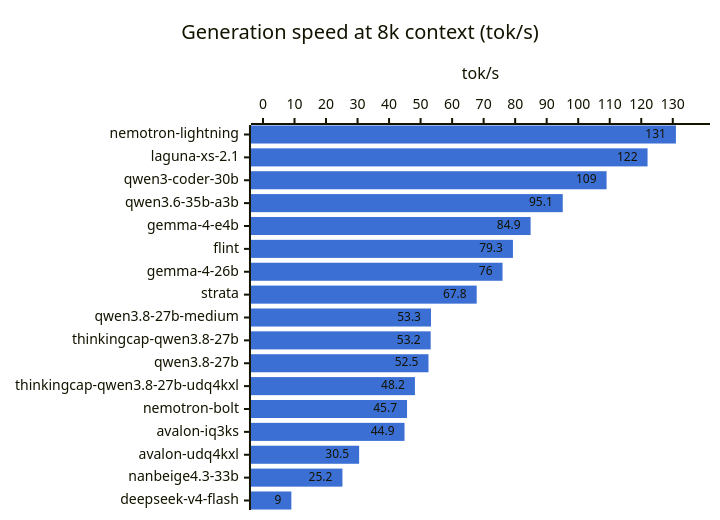
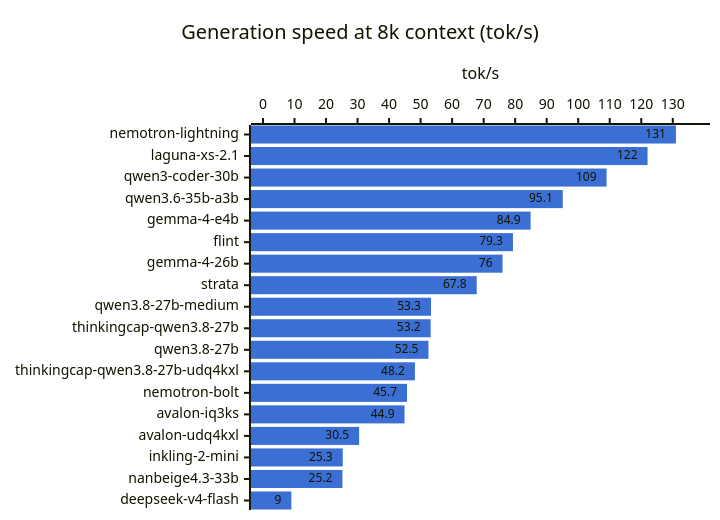
Before and after one commit to hofftodd/ai-bench: the third of 3 diagrams in RESULTS.md, drawn with Mermaid. The commit also changed other lines of this file and 3 other files, not shown here.

First line of the commit message:
R9700: Inkling 2 Mini results and analysis

````diff
--- a/RESULTS.md
+++ b/RESULTS.md
@@ -74,8 +75,8 @@
 ```mermaid
 %%{init: {"xyChart": {"showDataLabel": true}, "themeVariables": {"xyChart": {"plotColorPalette": "#3b6fd4"}}}}%%
 xychart-beta horizontal
     title "Generation speed at 8k context (tok/s)"
-    x-axis ["nemotron-lightning", "laguna-xs-2.1", "qwen3-coder-30b", "qwen3.6-35b-a3b", "gemma-4-e4b", "flint", "gemma-4-26b", "strata", "qwen3.8-27b-medium", "thinkingcap-qwen3.8-27b", "qwen3.8-27b", "thinkingcap-qwen3.8-27b-udq4kxl", "nemotron-bolt", "avalon-iq3ks", "avalon-udq4kxl", "nanbeige4.3-33b", "deepseek-v4-flash"]
+    x-axis ["nemotron-lightning", "laguna-xs-2.1", "qwen3-coder-30b", "qwen3.6-35b-a3b", "gemma-4-e4b", "flint", "gemma-4-26b", "strata", "qwen3.8-27b-medium", "thinkingcap-qwen3.8-27b", "qwen3.8-27b", "thinkingcap-qwen3.8-27b-udq4kxl", "nemotron-bolt", "avalon-iq3ks", "avalon-udq4kxl", "inkling-2-mini", "nanbeige4.3-33b", "deepseek-v4-flash"]
     y-axis "tok/s" 0 --> 138
-    bar [131.0, 122.0, 109.0, 95.1, 84.9, 79.3, 76.0, 67.8, 53.3, 53.2, 52.5, 48.2, 45.7, 44.9, 30.5, 25.2, 9.0]
+    bar [131.0, 122.0, 109.0, 95.1, 84.9, 79.3, 76.0, 67.8, 53.3, 53.2, 52.5, 48.2, 45.7, 44.9, 30.5, 25.3, 25.2, 9.0]
 ```
````
